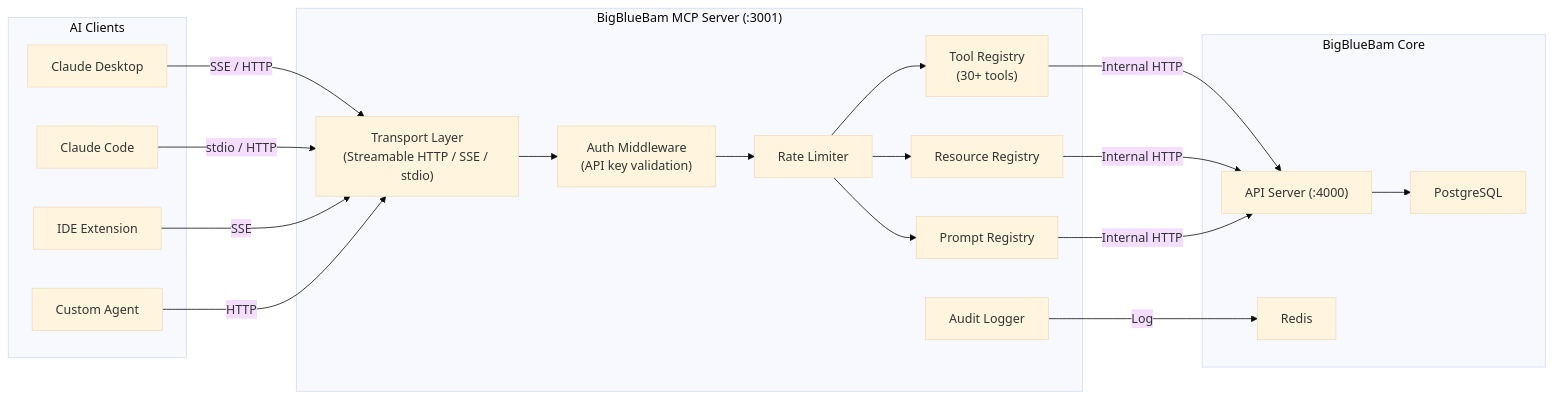
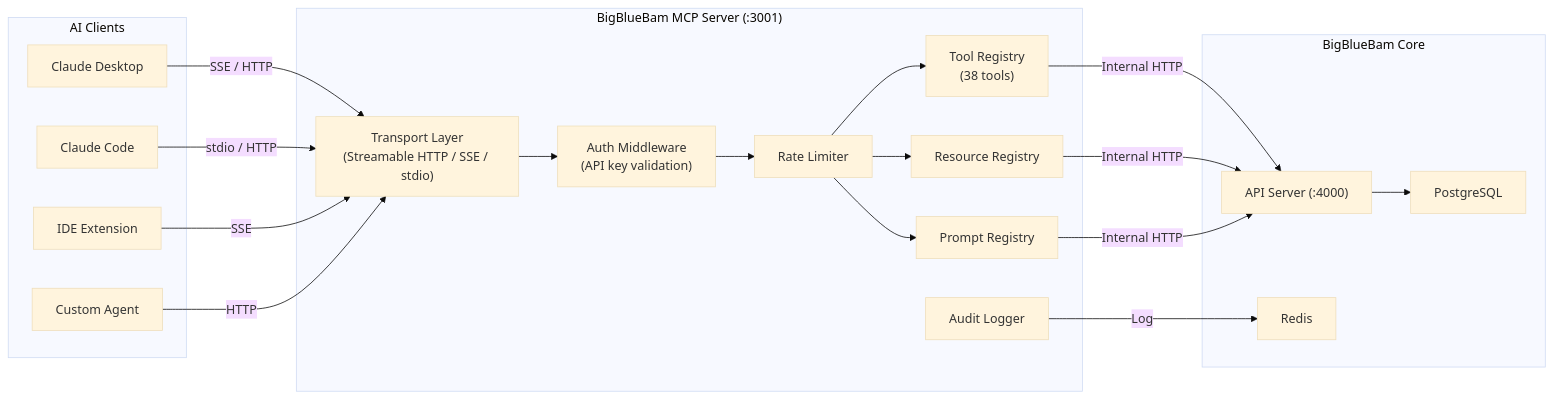
The first of 4 diagrams in docs/mcp-server.md (leith-bartrich/BigBlueBam), drawn with Mermaid (base theme) before and after one commit. The commit also changed other lines of this file and 6 other files, not shown here.

````diff
--- a/docs/mcp-server.md
+++ b/docs/mcp-server.md
@@ -21,42 +21,42 @@
 ```mermaid
 graph LR
     subgraph "AI Clients"
         Claude["Claude Desktop"]
         Code["Claude Code"]
         IDE["IDE Extension"]
         Agent["Custom Agent"]
     end
 
     subgraph "BigBlueBam MCP Server (:3001)"
         Transport["Transport Layer<br/>(Streamable HTTP / SSE / stdio)"]
         Auth["Auth Middleware<br/>(API key validation)"]
         Rate["Rate Limiter"]
         Audit["Audit Logger"]
-        Tools["Tool Registry<br/>(30+ tools)"]
+        Tools["Tool Registry<br/>(38 tools)"]
         Resources["Resource Registry"]
         Prompts["Prompt Registry"]
     end
 
     subgraph "BigBlueBam Core"
         API["API Server (:4000)"]
         DB["PostgreSQL"]
         Redis["Redis"]
     end
 
     Claude -->|"SSE / HTTP"| Transport
     Code -->|"stdio / HTTP"| Transport
     IDE -->|"SSE"| Transport
     Agent -->|"HTTP"| Transport
 
     Transport --> Auth
     Auth --> Rate
     Rate --> Tools
     Rate --> Resources
     Rate --> Prompts
 
     Tools -->|"Internal HTTP"| API
     Resources -->|"Internal HTTP"| API
     Prompts -->|"Internal HTTP"| API
     Audit -->|"Log"| Redis
     API --> DB
 ```
````
